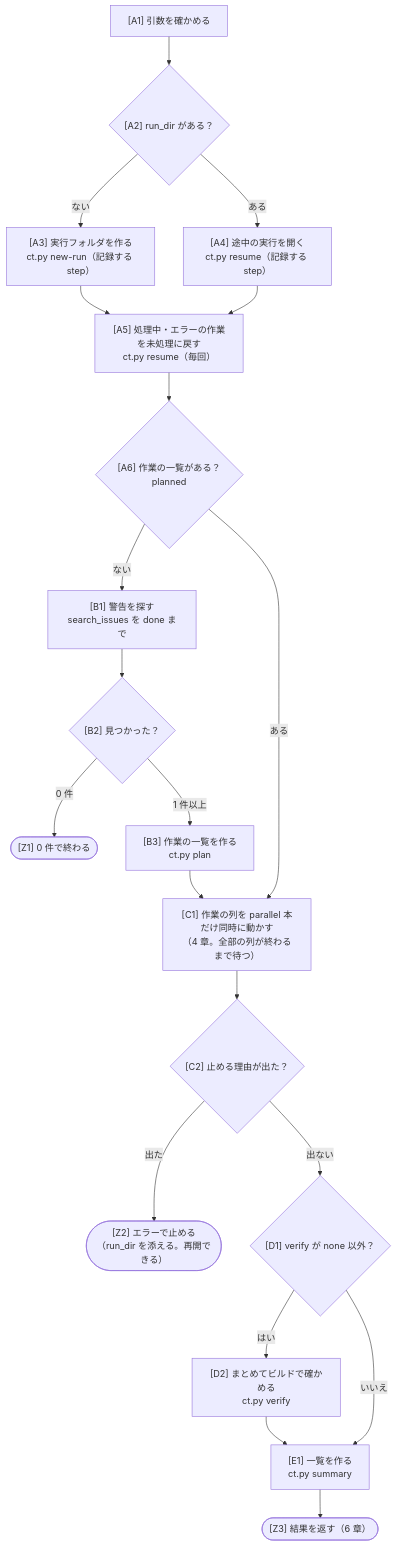
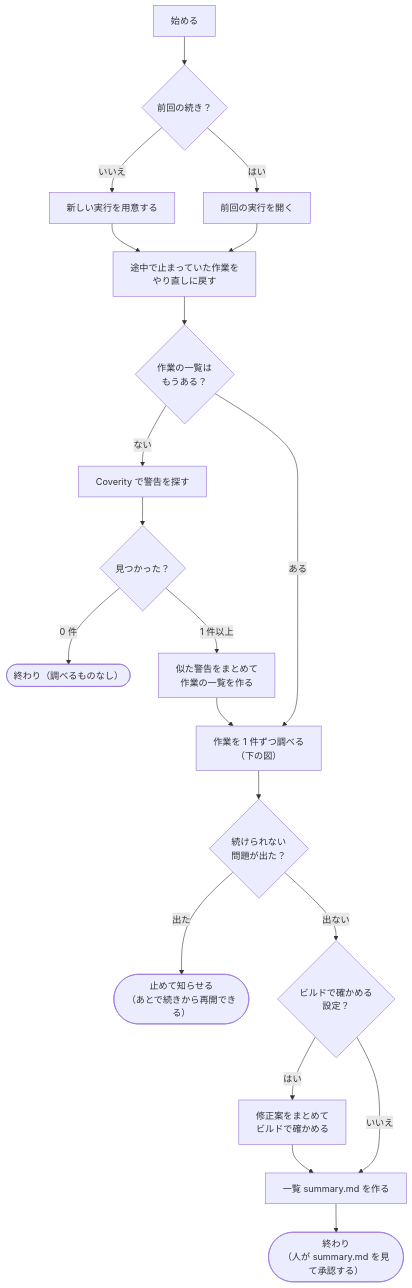
One commit to imaeda-hub/coverity-triage-agent changed the first of 2 diagrams in plugins/coverity-triage/workflow/coverity-triage-run.md. Above: the diagram before and after it, drawn with Mermaid. The commit also changed other lines of this file and 3 other files, not shown here.

````diff
--- a/plugins/coverity-triage/workflow/coverity-triage-run.md
+++ b/plugins/coverity-triage/workflow/coverity-triage-run.md
@@ -48,22 +8,22 @@
 ```mermaid
 flowchart TD
-    A1["[A1] 引数を確かめる"] --> A2{"[A2] run_dir がある？"}
-    A2 -- "ない" --> A3["[A3] 実行フォルダを作る<br>ct.py new-run（記録する step）"]
-    A2 -- "ある" --> A4["[A4] 途中の実行を開く<br>ct.py resume（記録する step）"]
-    A3 --> A5["[A5] 処理中・エラーの作業を未処理に戻す<br>ct.py resume（毎回）"]
+    A1["始める"] --> A2{"前回の続き？"}
+    A2 -- "いいえ" --> A3["新しい実行を用意する"]
+    A2 -- "はい" --> A4["前回の実行を開く"]
+    A3 --> A5["途中で止まっていた作業を<br>やり直しに戻す"]
     A4 --> A5
-    A5 --> A6{"[A6] 作業の一覧がある？<br>planned"}
-    A6 -- "ない" --> B1["[B1] 警告を探す<br>search_issues を done まで"]
+    A5 --> A6{"作業の一覧は<br>もうある？"}
+    A6 -- "ない" --> B1["Coverity で警告を探す"]
     A6 -- "ある" --> C1
-    B1 --> B2{"[B2] 見つかった？"}
-    B2 -- "0 件" --> Z1(["[Z1] 0 件で終わる"])
-    B2 -- "1 件以上" --> B3["[B3] 作業の一覧を作る<br>ct.py plan"]
-    B3 --> C1["[C1] 作業の列を parallel 本だけ同時に動かす<br>（4 章。全部の列が終わるまで待つ）"]
-    C1 --> C2{"[C2] 止める理由が出た？"}
-    C2 -- "出た" --> Z2(["[Z2] エラーで止める<br>（run_dir を添える。再開できる）"])
-    C2 -- "出ない" --> D1{"[D1] verify が none 以外？"}
-    D1 -- "はい" --> D2["[D2] まとめてビルドで確かめる<br>ct.py verify"]
+    B1 --> B2{"見つかった？"}
+    B2 -- "0 件" --> Z1(["終わり（調べるものなし）"])
+    B2 -- "1 件以上" --> B3["似た警告をまとめて<br>作業の一覧を作る"]
+    B3 --> C1["作業を 1 件ずつ調べる<br>（下の図）"]
+    C1 --> C2{"続けられない<br>問題が出た？"}
+    C2 -- "出た" --> Z2(["止めて知らせる<br>（あとで続きから再開できる）"])
+    C2 -- "出ない" --> D1{"ビルドで確かめる<br>設定？"}
+    D1 -- "はい" --> D2["修正案をまとめて<br>ビルドで確かめる"]
     D1 -- "いいえ" --> E1
-    D2 --> E1["[E1] 一覧を作る<br>ct.py summary"]
-    E1 --> Z3(["[Z3] 結果を返す（6 章）"])
+    D2 --> E1["一覧 summary.md を作る"]
+    E1 --> Z3(["終わり<br>（人が summary.md を見て承認する）"])
 ```
````
